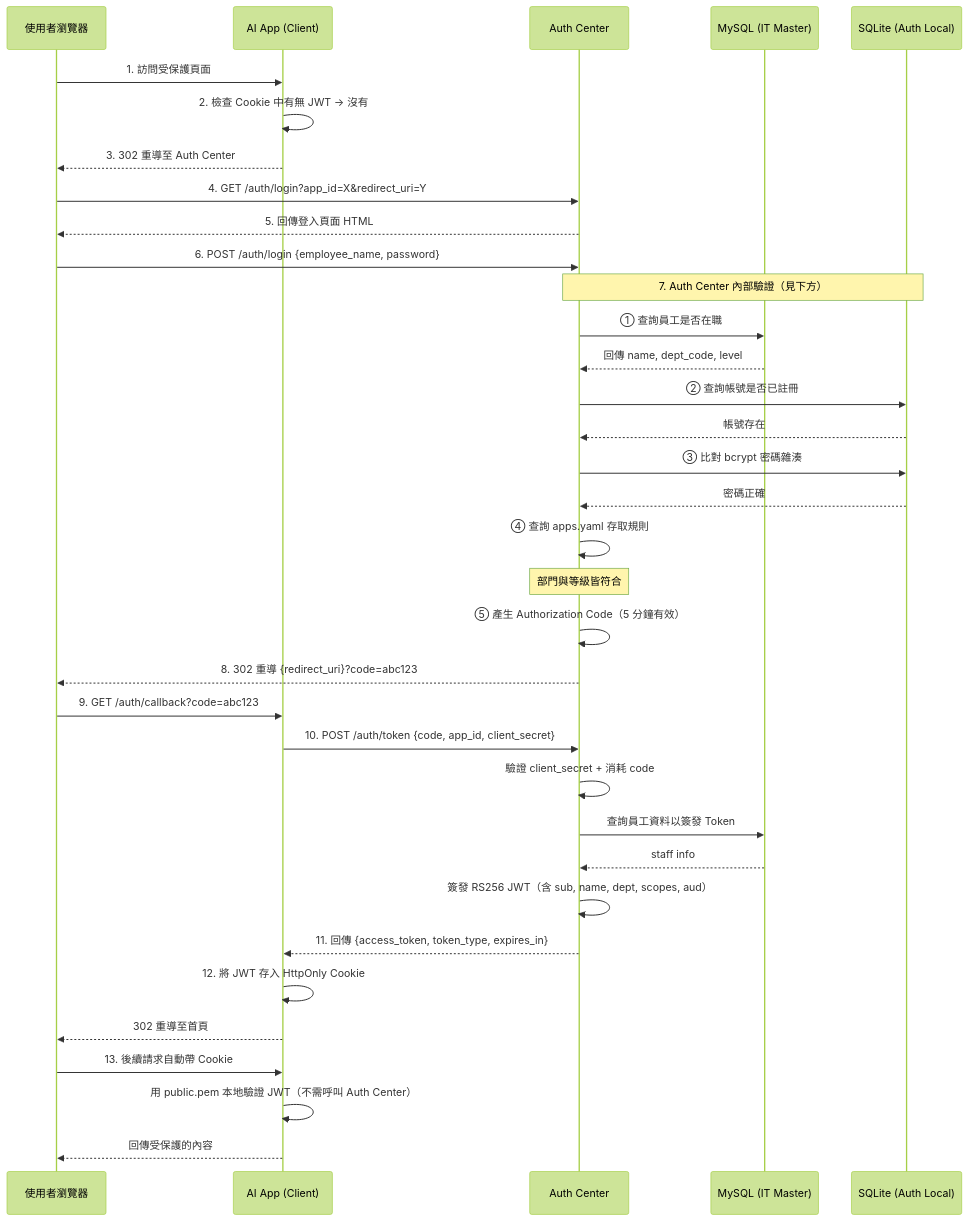
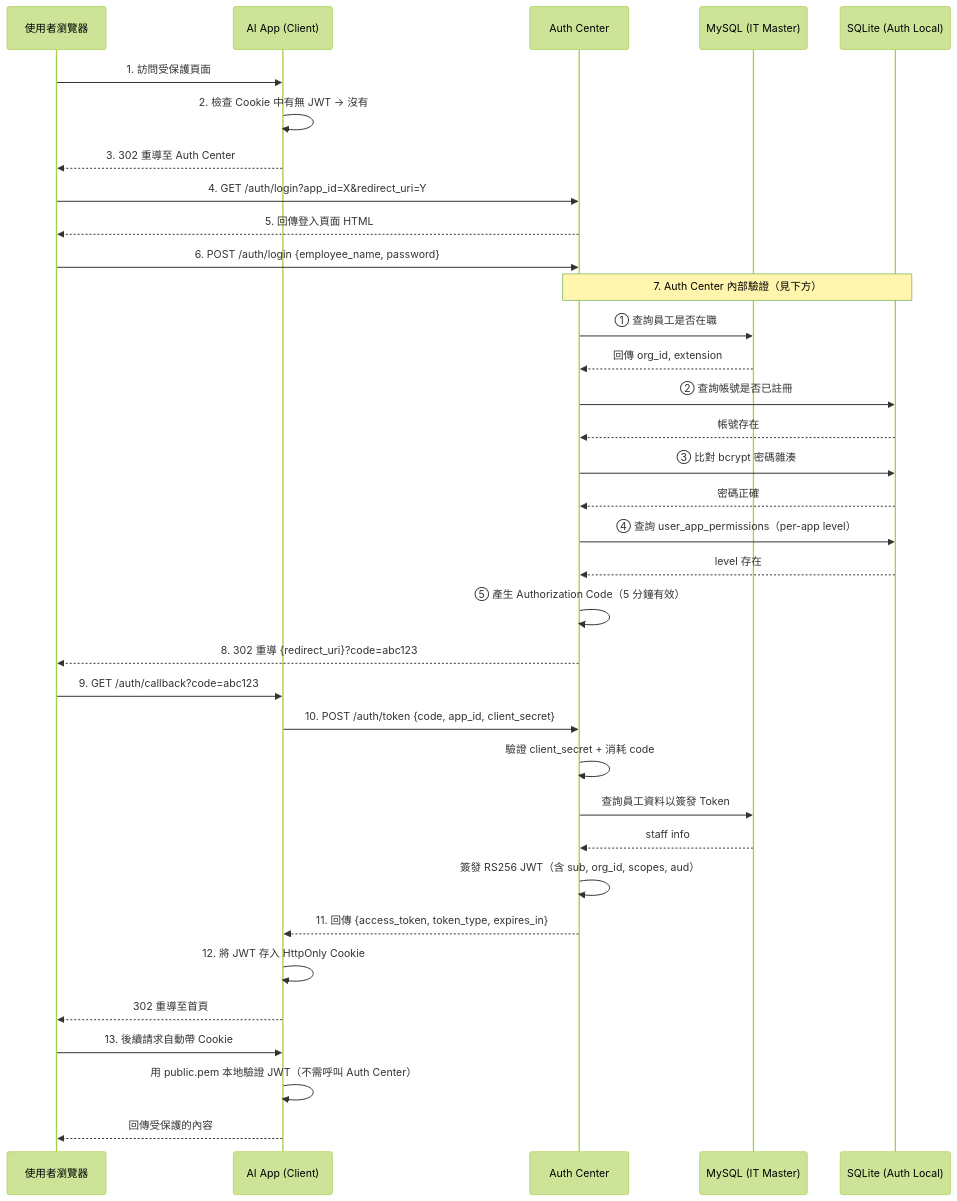
One commit to bwinken/authcenter changed the first of 7 diagrams in README.md. Above: the diagram before and after it, drawn with Mermaid (forest theme). The commit also changed other lines of this file and 20 other files, not shown here.

First line of the commit message:
feat: align MySQL schema and migrate to per-app level permissions

````diff
--- a/README.md
+++ b/README.md
@@ -364,45 +363,45 @@
 ```mermaid
 sequenceDiagram
     participant U as 使用者瀏覽器
     participant A as AI App (Client)
     participant C as Auth Center
     participant M as MySQL (IT Master)
     participant S as SQLite (Auth Local)
 
     U->>A: 1. 訪問受保護頁面
     A->>A: 2. 檢查 Cookie 中有無 JWT → 沒有
     A-->>U: 3. 302 重導至 Auth Center
 
     U->>C: 4. GET /auth/login?app_id=X&redirect_uri=Y
     C-->>U: 5. 回傳登入頁面 HTML
 
     U->>C: 6. POST /auth/login {employee_name, password}
 
     Note over C,S: 7. Auth Center 內部驗證（見下方）
     C->>M: ① 查詢員工是否在職
-    M-->>C: 回傳 name, dept_code, level
+    M-->>C: 回傳 org_id, extension
     C->>S: ② 查詢帳號是否已註冊
     S-->>C: 帳號存在
     C->>S: ③ 比對 bcrypt 密碼雜湊
     S-->>C: 密碼正確
-    C->>C: ④ 查詢 apps.yaml 存取規則
-    Note over C: 部門與等級皆符合
+    C->>S: ④ 查詢 user_app_permissions（per-app level）
+    S-->>C: level 存在
     C->>C: ⑤ 產生 Authorization Code（5 分鐘有效）
 
     C-->>U: 8. 302 重導 {redirect_uri}?code=abc123
     U->>A: 9. GET /auth/callback?code=abc123
 
     A->>C: 10. POST /auth/token {code, app_id, client_secret}
     C->>C: 驗證 client_secret + 消耗 code
     C->>M: 查詢員工資料以簽發 Token
     M-->>C: staff info
-    C->>C: 簽發 RS256 JWT（含 sub, name, dept, scopes, aud）
+    C->>C: 簽發 RS256 JWT（含 sub, org_id, scopes, aud）
     C-->>A: 11. 回傳 {access_token, token_type, expires_in}
 
     A->>A: 12. 將 JWT 存入 HttpOnly Cookie
     A-->>U: 302 重導至首頁
 
     U->>A: 13. 後續請求自動帶 Cookie
     A->>A: 用 public.pem 本地驗證 JWT（不需呼叫 Auth Center）
     A-->>U: 回傳受保護的內容
 ```
````
